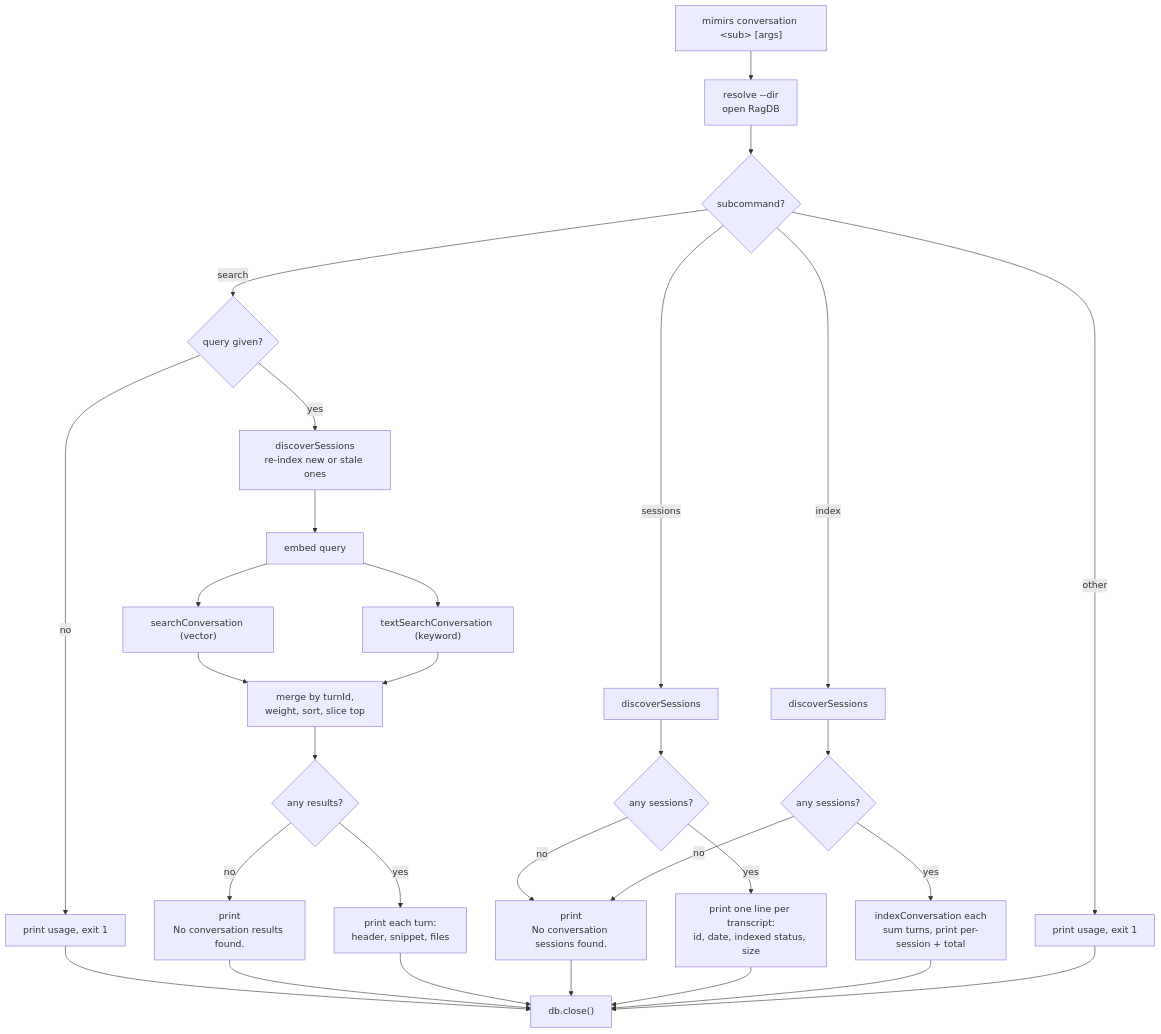
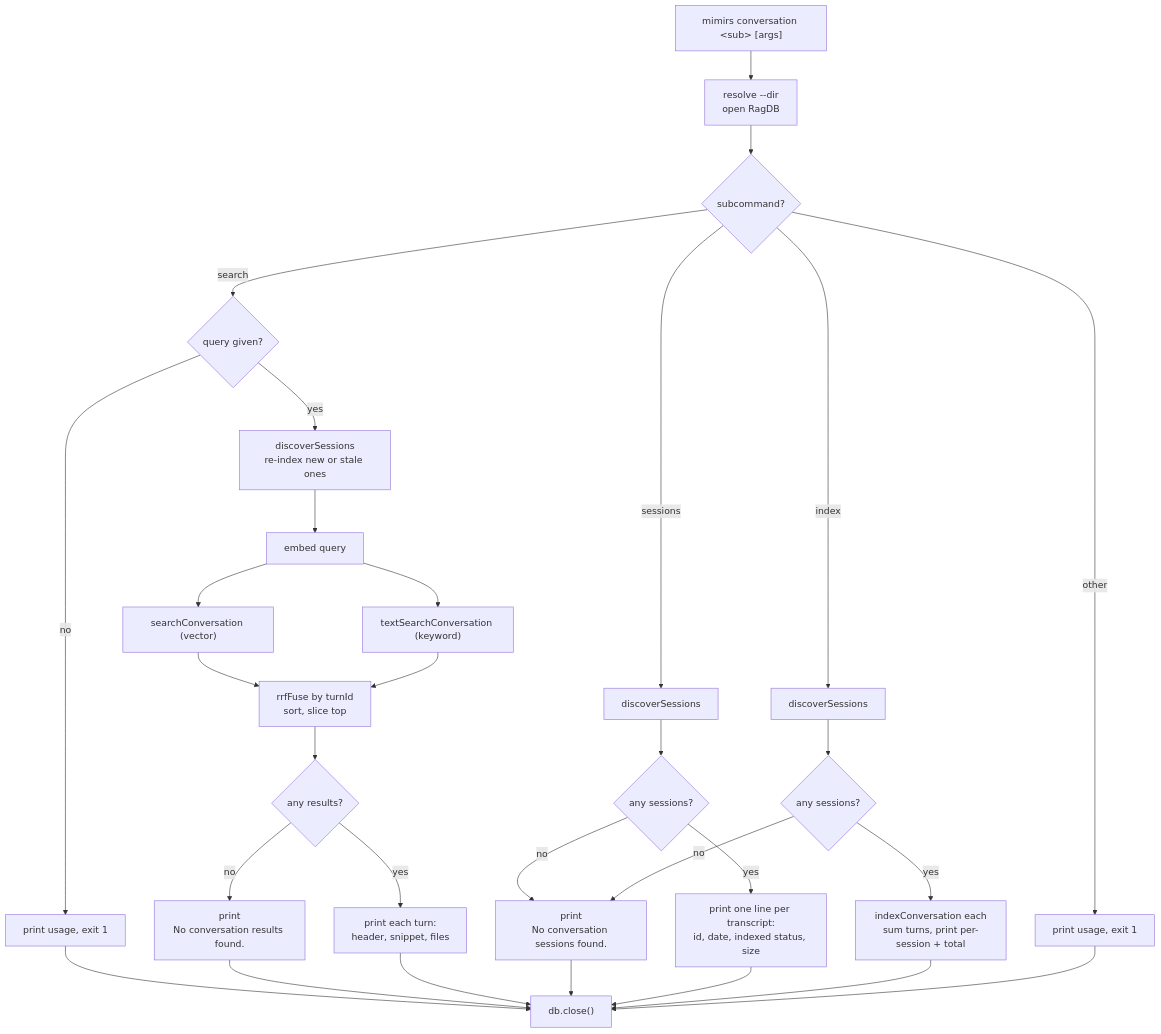
Before and after one commit to TheWinci/mimirs: the diagram in wiki/cli/conversation.md, drawn with Mermaid. The commit also changed other lines of this file and 47 other files, not shown here.

````diff
--- a/wiki/cli/conversation.md
+++ b/wiki/cli/conversation.md
@@ -25,37 +25,37 @@
 ```mermaid
 flowchart TD
-  start["mimirs conversation &lt;sub&gt; [args]"] --> open["resolve --dir<br>open RagDB"]
+  startNode["mimirs conversation &lt;sub&gt; [args]"] --> open["resolve --dir<br>open RagDB"]
   open --> sub{subcommand?}
 
   sub -->|search| q{query given?}
   q -->|no| usageErr["print usage, exit 1"]
   q -->|yes| reindex["discoverSessions<br>re-index new or stale ones"]
   reindex --> emb["embed query"]
   emb --> vec["searchConversation (vector)"]
   emb --> bm25["textSearchConversation (keyword)"]
-  vec --> mergeNode["merge by turnId,<br>weight, sort, slice top"]
-  bm25 --> mergeNode
-  mergeNode --> empty{any results?}
+  vec --> fuse["rrfFuse by turnId<br>sort, slice top"]
+  bm25 --> fuse
+  fuse --> empty{any results?}
   empty -->|no| none["print<br>No conversation results found."]
   empty -->|yes| printR["print each turn:<br>header, snippet, files"]
 
   sub -->|sessions| lst["discoverSessions"]
   lst --> lstEmpty{any sessions?}
   lstEmpty -->|no| noSess["print<br>No conversation sessions found."]
   lstEmpty -->|yes| printL["print one line per transcript:<br>id, date, indexed status, size"]
 
   sub -->|index| idx["discoverSessions"]
   idx --> idxEmpty{any sessions?}
   idxEmpty -->|no| noSess
   idxEmpty -->|yes| idxLoop["indexConversation each<br>sum turns, print per-session + total"]
 
   sub -->|other| usage2["print usage, exit 1"]
 
   usageErr --> closeNode["db.close()"]
   none --> closeNode
   printR --> closeNode
   noSess --> closeNode
   printL --> closeNode
   idxLoop --> closeNode
   usage2 --> closeNode
 ```
````
